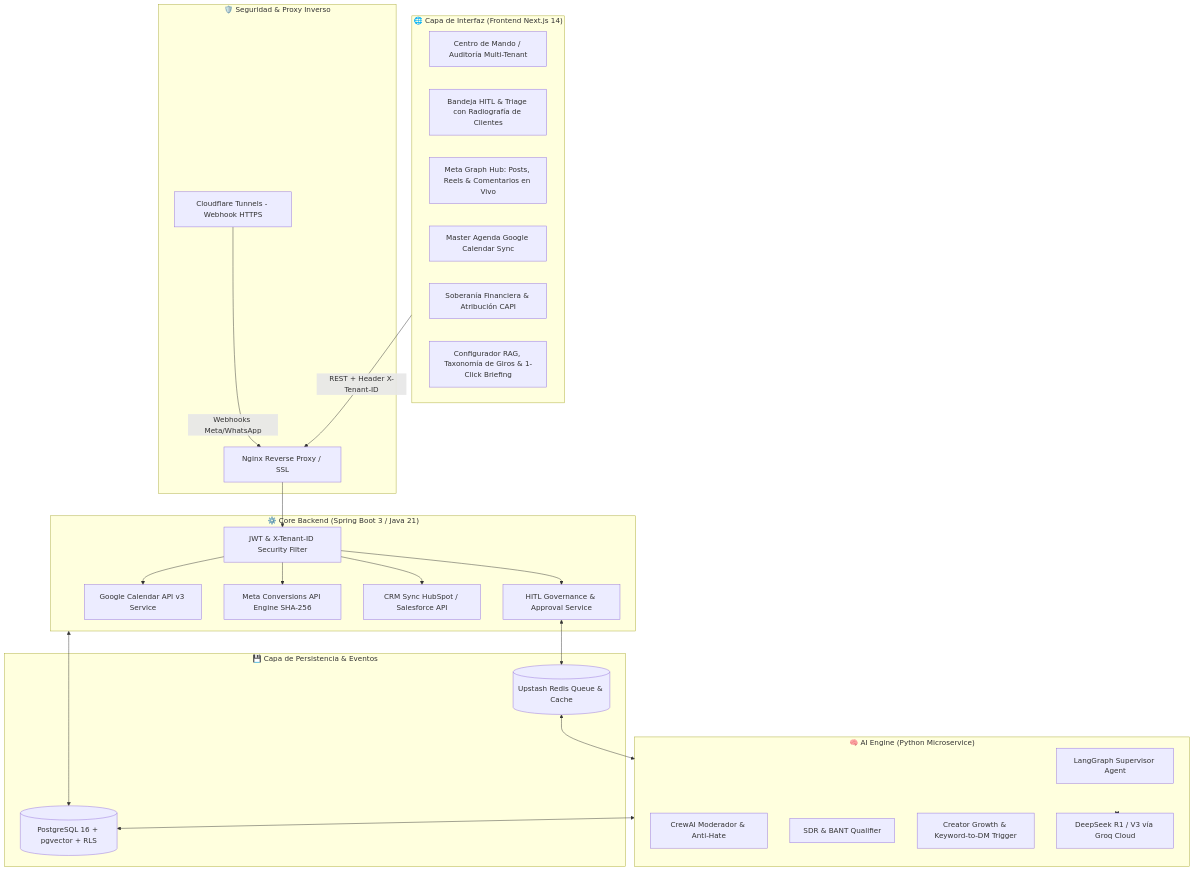
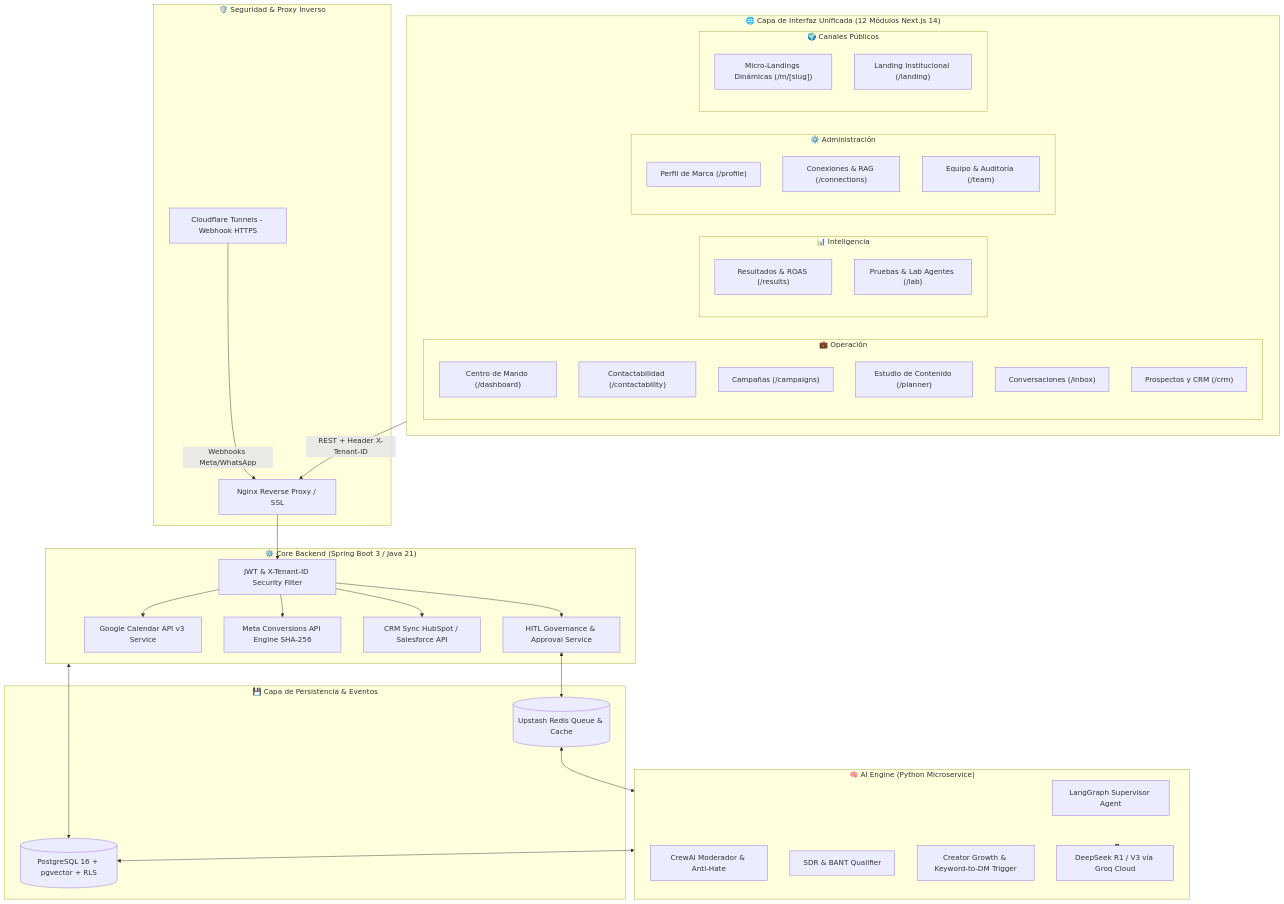
The first of 2 diagrams in docs/SDD_SYSTEM_DESIGN_DOCUMENT.md (VectorInside/Vector-Community), drawn with Mermaid before and after one commit. The commit also changed other lines of this file and 38 other files, not shown here.

Commit message:
feat: implement core layout components, multi-tenant navigation, and design system updates

````diff
--- a/docs/SDD_SYSTEM_DESIGN_DOCUMENT.md
+++ b/docs/SDD_SYSTEM_DESIGN_DOCUMENT.md
@@ -18,51 +18,66 @@
 ```mermaid
 graph TD
-    subgraph ClientTier["🌐 Capa de Interfaz (Frontend Next.js 14)"]
-        UI_ADM[Centro de Mando / Auditoría Multi-Tenant]
-        UI_HITL[Bandeja HITL & Triage con Radiografía de Clientes]
-        UI_META[Meta Graph Hub: Posts, Reels & Comentarios en Vivo]
-        UI_AGENDA[Master Agenda Google Calendar Sync]
-        UI_PERF[Soberanía Financiera & Atribución CAPI]
-        UI_RAG[Configurador RAG, Taxonomía de Giros & 1-Click Briefing]
+    subgraph ClientTier["🌐 Capa de Interfaz Unificada (12 Módulos Next.js 14)"]
+        subgraph Ops["💼 Operación"]
+            UI_CMD["Centro de Mando (/dashboard)"]
+            UI_CONT["Contactabilidad (/contactability)"]
+            UI_CAMP["Campañas (/campaigns)"]
+            UI_PLAN["Estudio de Contenido (/planner)"]
+            UI_INBOX["Conversaciones (/inbox)"]
+            UI_CRM["Prospectos y CRM (/crm)"]
+        end
+        subgraph Intel["📊 Inteligencia"]
+            UI_RES["Resultados & ROAS (/results)"]
+            UI_LAB["Pruebas & Lab Agentes (/lab)"]
+        end
+        subgraph Admin["⚙️ Administración"]
+            UI_PROF["Perfil de Marca (/profile)"]
+            UI_CONN["Conexiones & RAG (/connections)"]
+            UI_TEAM["Equipo & Auditoría (/team)"]
+        end
+        subgraph Public["🌍 Canales Públicos"]
+            UI_PUB_M["Micro-Landings Dinámicas (/m/[slug])"]
+            UI_PUB_LAND["Landing Institucional (/landing)"]
+        end
     end
 
     subgraph ApiGateway["🛡️ Seguridad & Proxy Inverso"]
         NGINX[Nginx Reverse Proxy / SSL]
         CFTUNNEL[Cloudflare Tunnels - Webhook HTTPS]
     end
 
     subgraph CoreBackend["⚙️ Core Backend (Spring Boot 3 / Java 21)"]
         AUTH_FILTER[JWT & X-Tenant-ID Security Filter]
         HITL_SERVICE[HITL Governance & Approval Service]
         CALENDAR_SERVICE[Google Calendar API v3 Service]
         CAPI_SERVICE[Meta Conversions API Engine SHA-256]
         CRM_SERVICE[CRM Sync HubSpot / Salesforce API]
     end
 
     subgraph AIWorker["🧠 AI Engine (Python Microservice)"]
         SUPERVISOR[LangGraph Supervisor Agent]
         SUB_MOD[CrewAI Moderador & Anti-Hate]
         SUB_SDR[SDR & BANT Qualifier]
         SUB_GROWTH[Creator Growth & Keyword-to-DM Trigger]
         DEEPSEEK[DeepSeek R1 / V3 vía Groq Cloud]
     end
 
     subgraph DataStorage["💾 Capa de Persistencia & Eventos"]
         SUPABASE[(PostgreSQL 16 + pgvector + RLS)]
         REDIS[(Upstash Redis Queue & Cache)]
     end
 
     ClientTier -->|REST + Header X-Tenant-ID| NGINX
     CFTUNNEL -->|Webhooks Meta/WhatsApp| NGINX
     NGINX --> AUTH_FILTER
     AUTH_FILTER --> HITL_SERVICE
     AUTH_FILTER --> CALENDAR_SERVICE
     AUTH_FILTER --> CAPI_SERVICE
     AUTH_FILTER --> CRM_SERVICE
 
     HITL_SERVICE <--> REDIS
     REDIS <--> AIWorker
     AIWorker <--> DEEPSEEK
     CoreBackend <--> SUPABASE
     AIWorker <--> SUPABASE
 ```
````
